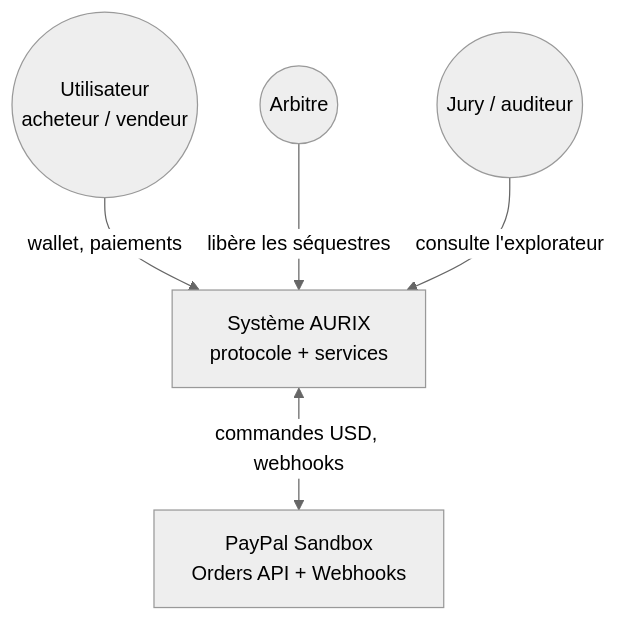
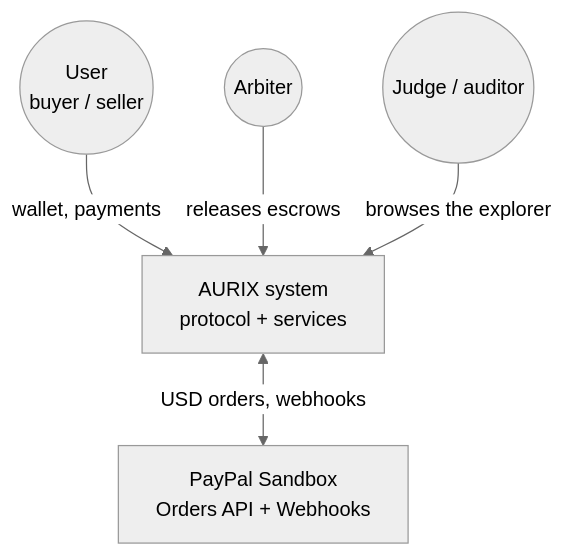
One commit to joeylukoji/Aurix changed the first of 10 diagrams in docs/architecture/diagrams.md. Above: the diagram before and after it, drawn with Mermaid (neutral theme). The commit also changed other lines of this file and 6 other files, not shown here.

````diff
--- a/docs/architecture/diagrams.md
+++ b/docs/architecture/diagrams.md
@@ -5,12 +5,12 @@
 ```mermaid
 flowchart TB
-    USER((Utilisateur<br/>acheteur / vendeur))
-    ARB((Arbitre))
-    JURY((Jury / auditeur))
-    AURIX[Système AURIX<br/>protocole + services]
+    USER((User<br/>buyer / seller))
+    ARB((Arbiter))
+    JURY((Judge / auditor))
+    AURIX[AURIX system<br/>protocol + services]
     PAYPAL[PayPal Sandbox<br/>Orders API + Webhooks]
-    USER -->|wallet, paiements| AURIX
-    ARB -->|libère les séquestres| AURIX
-    JURY -->|consulte l'explorateur| AURIX
-    AURIX <-->|commandes USD, webhooks| PAYPAL
+    USER -->|wallet, payments| AURIX
+    ARB -->|releases escrows| AURIX
+    JURY -->|browses the explorer| AURIX
+    AURIX <-->|USD orders, webhooks| PAYPAL
 ```
````
